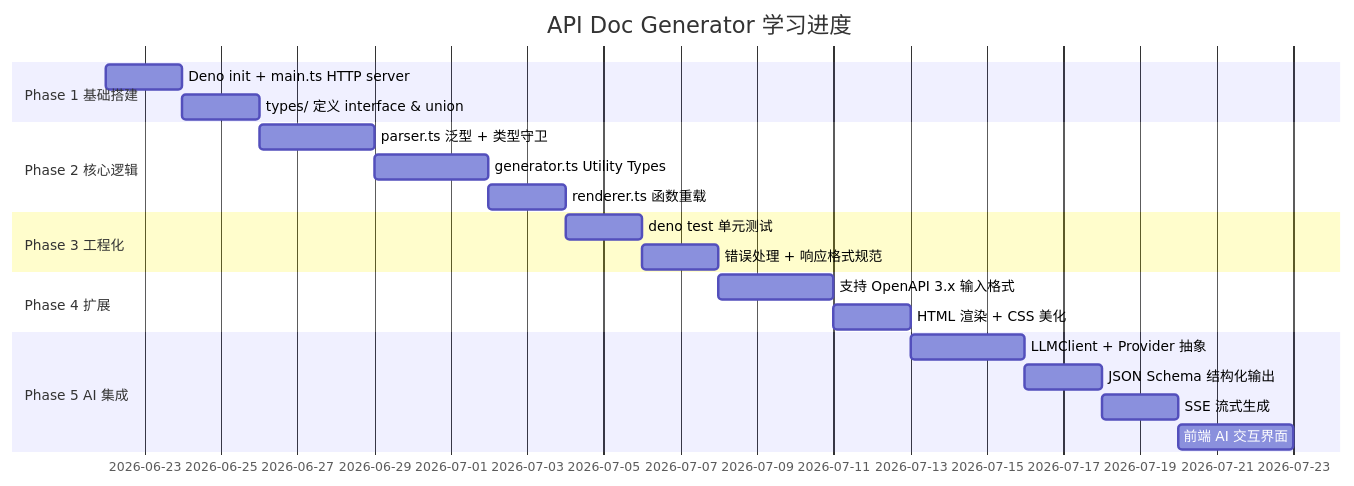
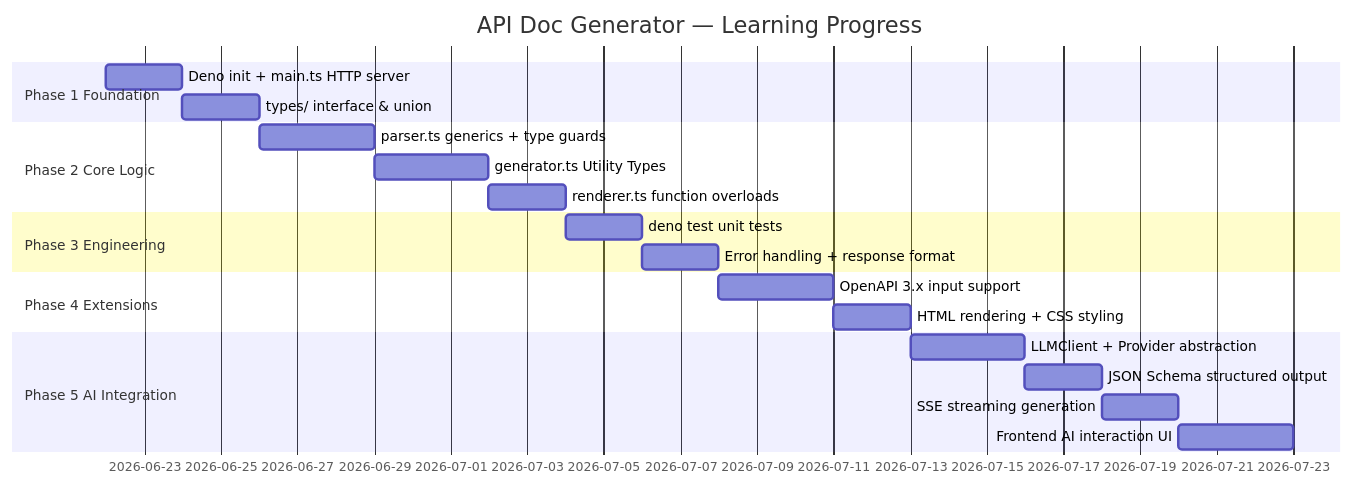
The fourth of 4 diagrams in docs/api-doc-generator-whitepaper.md (phaethix/api-doc-generator), drawn with Mermaid before and after one commit. The commit also changed other lines of this file and 1 other file, not shown here.

````diff
--- a/docs/api-doc-generator-whitepaper.md
+++ b/docs/api-doc-generator-whitepaper.md
@@ -446,23 +445,23 @@
 ```mermaid
 gantt
-    title API Doc Generator 学习进度
+    title API Doc Generator — Learning Progress
     dateFormat  YYYY-MM-DD
-    section Phase 1 基础搭建
+    section Phase 1 Foundation
     Deno init + main.ts HTTP server   :p1a, 2026-06-22, 2d
-    types/ 定义 interface & union     :p1b, after p1a, 2d
-    section Phase 2 核心逻辑
-    parser.ts 泛型 + 类型守卫         :p2a, after p1b, 3d
+    types/ interface & union          :p1b, after p1a, 2d
+    section Phase 2 Core Logic
+    parser.ts generics + type guards  :p2a, after p1b, 3d
     generator.ts Utility Types        :p2b, after p2a, 3d
-    renderer.ts 函数重载              :p2c, after p2b, 2d
-    section Phase 3 工程化
-    deno test 单元测试                :p3a, after p2c, 2d
-    错误处理 + 响应格式规范            :p3b, after p3a, 2d
-    section Phase 4 扩展
-    支持 OpenAPI 3.x 输入格式         :p4a, after p3b, 3d
-    HTML 渲染 + CSS 美化              :p4b, after p4a, 2d
-    section Phase 5 AI 集成
-    LLMClient + Provider 抽象         :p5a, after p4b, 3d
-    JSON Schema 结构化输出            :p5b, after p5a, 2d
-    SSE 流式生成                      :p5c, after p5b, 2d
-    前端 AI 交互界面                  :p5d, after p5c, 3d
+    renderer.ts function overloads    :p2c, after p2b, 2d
+    section Phase 3 Engineering
+    deno test unit tests              :p3a, after p2c, 2d
+    Error handling + response format  :p3b, after p3a, 2d
+    section Phase 4 Extensions
+    OpenAPI 3.x input support         :p4a, after p3b, 3d
+    HTML rendering + CSS styling      :p4b, after p4a, 2d
+    section Phase 5 AI Integration
+    LLMClient + Provider abstraction  :p5a, after p4b, 3d
+    JSON Schema structured output     :p5b, after p5a, 2d
+    SSE streaming generation          :p5c, after p5b, 2d
+    Frontend AI interaction UI        :p5d, after p5c, 3d
 ```
````
